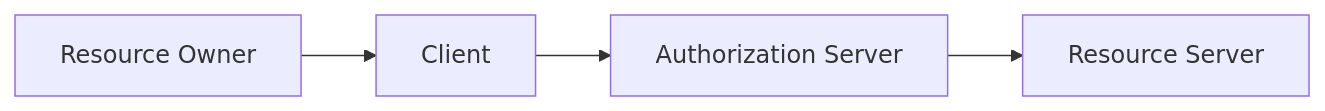
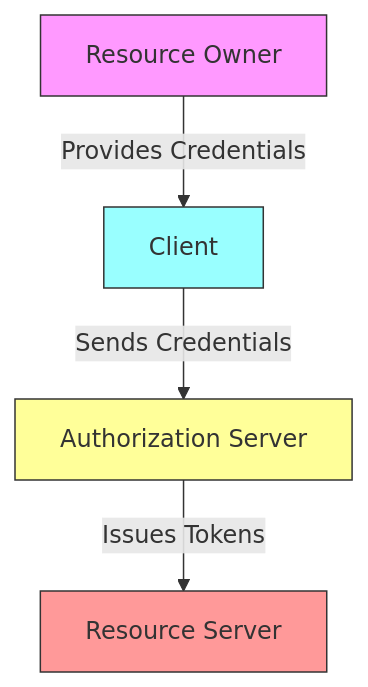
One commit to lele-maxwell/adorsys-gis-blog3 changed the first of 5 diagrams in docs/blog/direct-access-grant/slides.md. Above: the diagram before and after it, drawn with Mermaid. The commit also changed other lines of this file, not shown here.

Commit message:
Fix slides.md file to  use correct diagram syntax and format

````diff
--- a/docs/blog/direct-access-grant/slides.md
+++ b/docs/blog/direct-access-grant/slides.md
@@ -25,6 +25,10 @@
 ```mermaid
-graph LR
-  A[Resource Owner] --> B[Client]
-  B --> C[Authorization Server]
-  C --> D[Resource Server]
+graph TD
+    A[Resource Owner] -->|Provides Credentials| B[Client]
+    B -->|Sends Credentials| C[Authorization Server]
+    C -->|Issues Tokens| D[Resource Server]
+    style A fill:#f9f,stroke:#333
+    style B fill:#9ff,stroke:#333
+    style C fill:#ff9,stroke:#333
+    style D fill:#f99,stroke:#333
 ```
````
